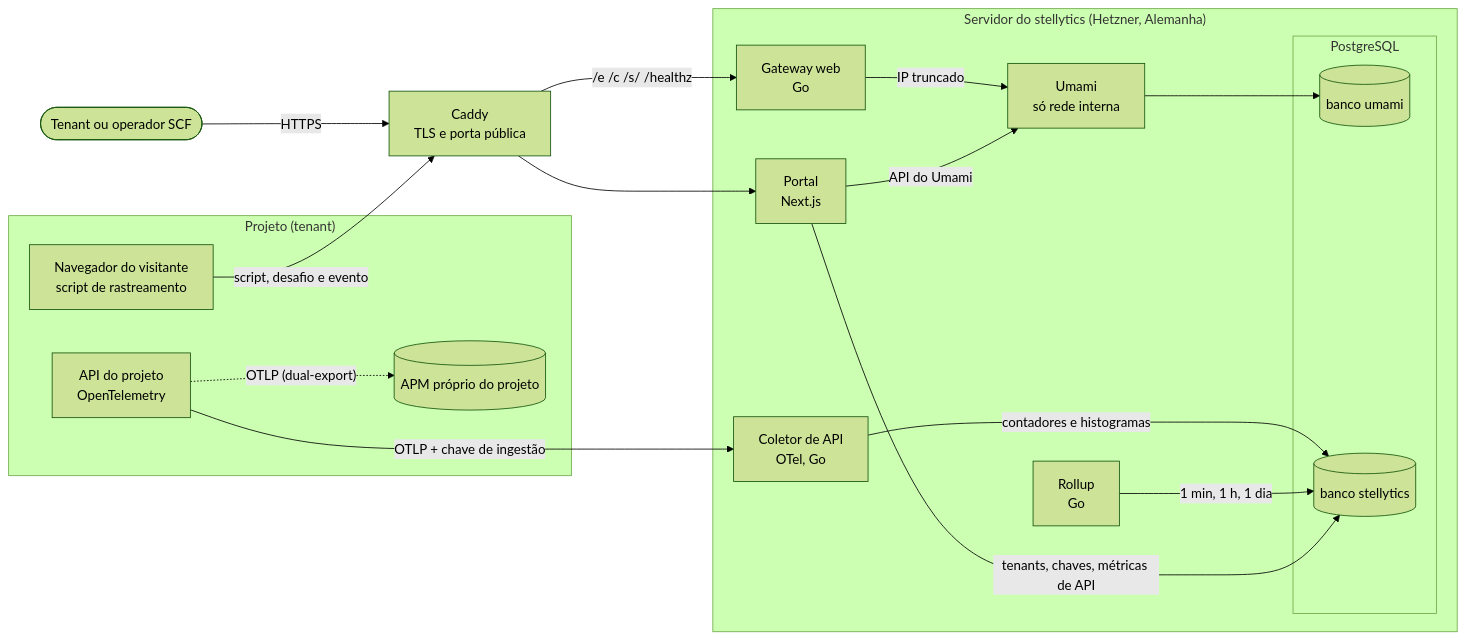
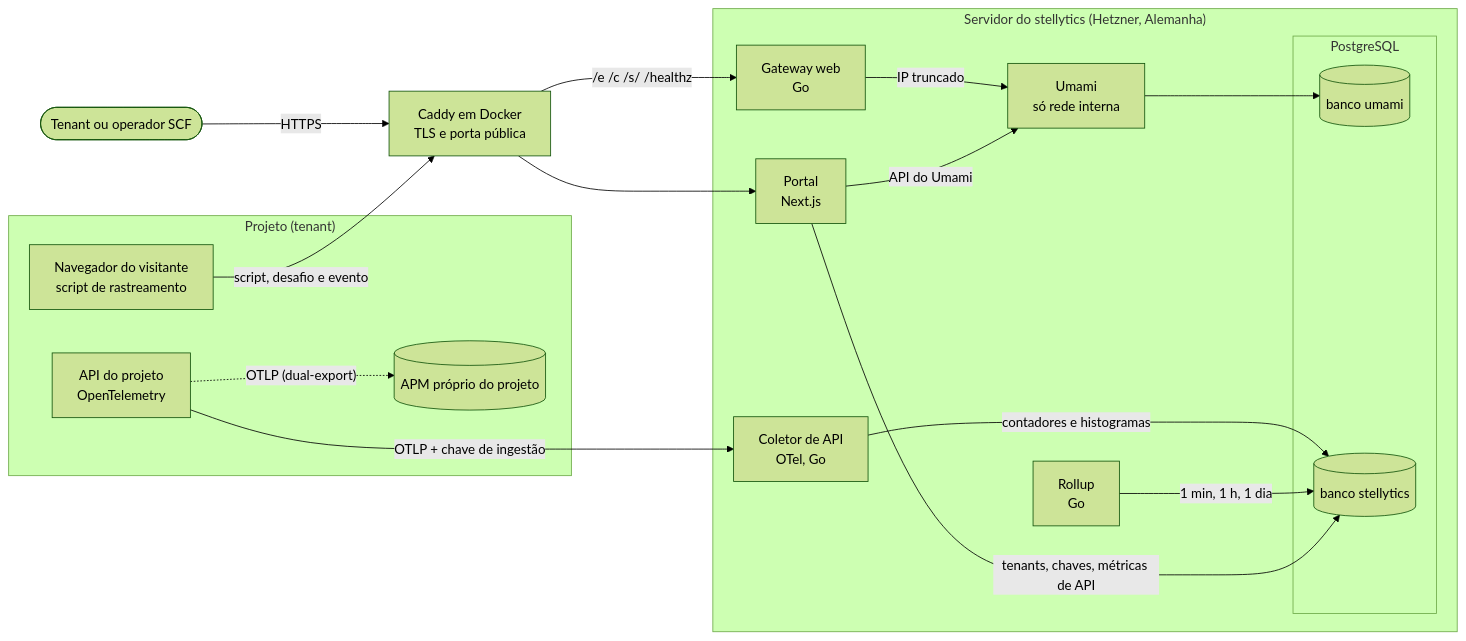
Before and after one commit to manucadev81/stellytics: the first of 3 diagrams in docs/arquitetura.md, drawn with Mermaid (forest theme). The commit also changed other lines of this file and 81 other files, not shown here.

````diff
--- a/docs/arquitetura.md
+++ b/docs/arquitetura.md
@@ -11,37 +11,37 @@
 ```mermaid
 flowchart LR
   subgraph tenant["Projeto (tenant)"]
     nav["Navegador do visitante<br/>script de rastreamento"]
     api["API do projeto<br/>OpenTelemetry"]
     apm[("APM próprio do projeto")]
   end
 
   pessoa(["Tenant ou operador SCF"])
 
-  caddy["Caddy<br/>TLS e porta pública"]
+  caddy["Caddy em Docker<br/>TLS e porta pública"]
 
   subgraph vm["Servidor do stellytics (Hetzner, Alemanha)"]
     portal["Portal<br/>Next.js"]
     gw["Gateway web<br/>Go"]
     umami["Umami<br/>só rede interna"]
     col["Coletor de API<br/>OTel, Go"]
     roll["Rollup<br/>Go"]
     subgraph pg["PostgreSQL"]
       dbu[("banco umami")]
       dbn[("banco stellytics")]
     end
   end
 
   nav -->|"script, desafio e evento"| caddy
   api -->|"OTLP + chave de ingestão"| col
   api -.->|"OTLP (dual-export)"| apm
   pessoa -->|"HTTPS"| caddy
   caddy -->|"/e /c /s/ /healthz"| gw
   caddy --> portal
   gw -->|"IP truncado"| umami
   umami --> dbu
   col -->|"contadores e histogramas"| dbn
   roll -->|"1 min, 1 h, 1 dia"| dbn
   portal -->|"API do Umami"| umami
   portal -->|"tenants, chaves, métricas de API"| dbn
 ```
````
